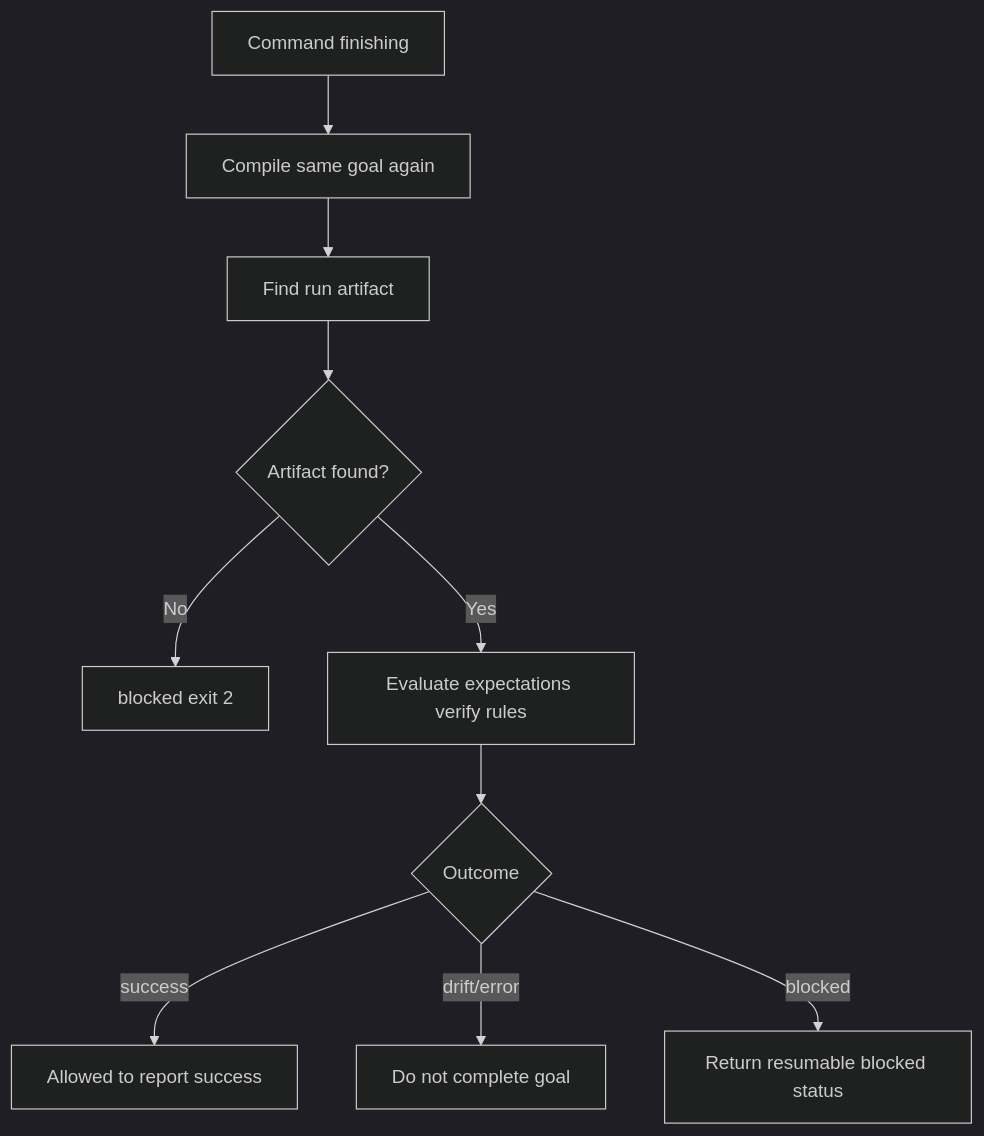
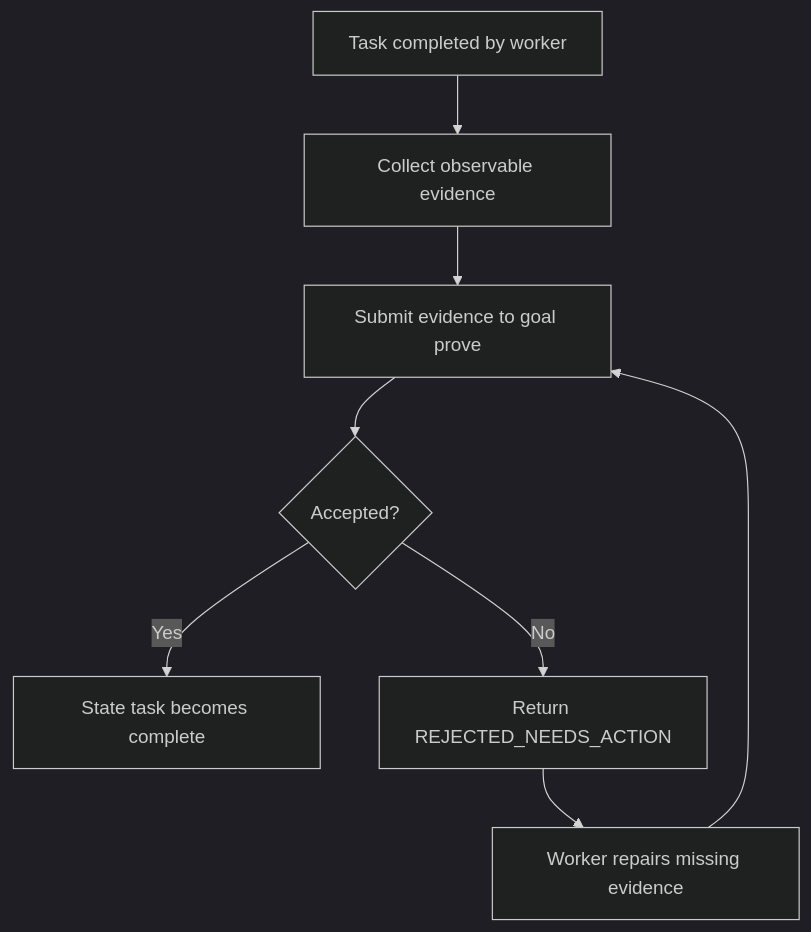
One commit to julien-m/livespec changed the second of 4 diagrams in .specs/features/052-deterministic-command-goal-contracts/spec.md. Above: the diagram before and after it, drawn with Mermaid (dark theme). The commit also changed other lines of this file and 96 other files, not shown here.

````diff
--- a/.specs/features/052-deterministic-command-goal-contracts/spec.md
+++ b/.specs/features/052-deterministic-command-goal-contracts/spec.md
@@ -90,12 +84,10 @@
 ```mermaid
 flowchart TD
-    A[Command finishing] --> B[Compile same goal again]
-    B --> C[Find run artifact]
-    C --> D{Artifact found?}
-    D -- No --> E[blocked exit 2]
-    D -- Yes --> F[Evaluate expectations verify rules]
-    F --> G{Outcome}
-    G -- success --> H[Allowed to report success]
-    G -- drift/error --> I[Do not complete goal]
-    G -- blocked --> J[Return resumable blocked status]
+    A[Task completed by worker] --> B[Collect observable evidence]
+    B --> C[Submit evidence to goal prove]
+    C --> D{Accepted?}
+    D -- Yes --> E[State task becomes complete]
+    D -- No --> F[Return REJECTED_NEEDS_ACTION]
+    F --> G[Worker repairs missing evidence]
+    G --> C
 ```
````
